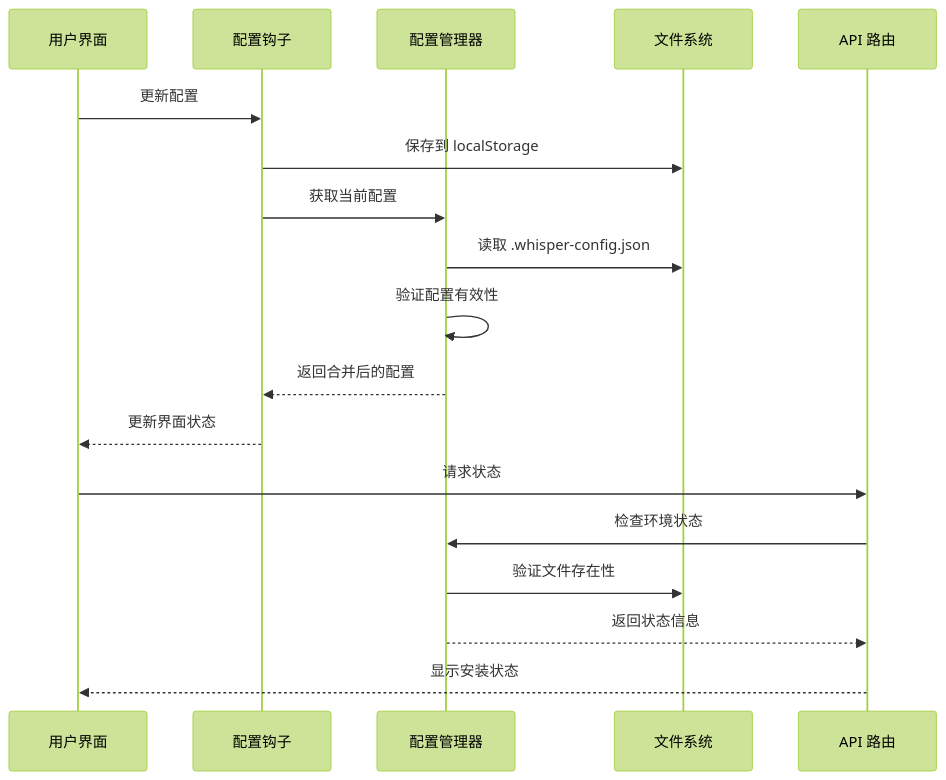
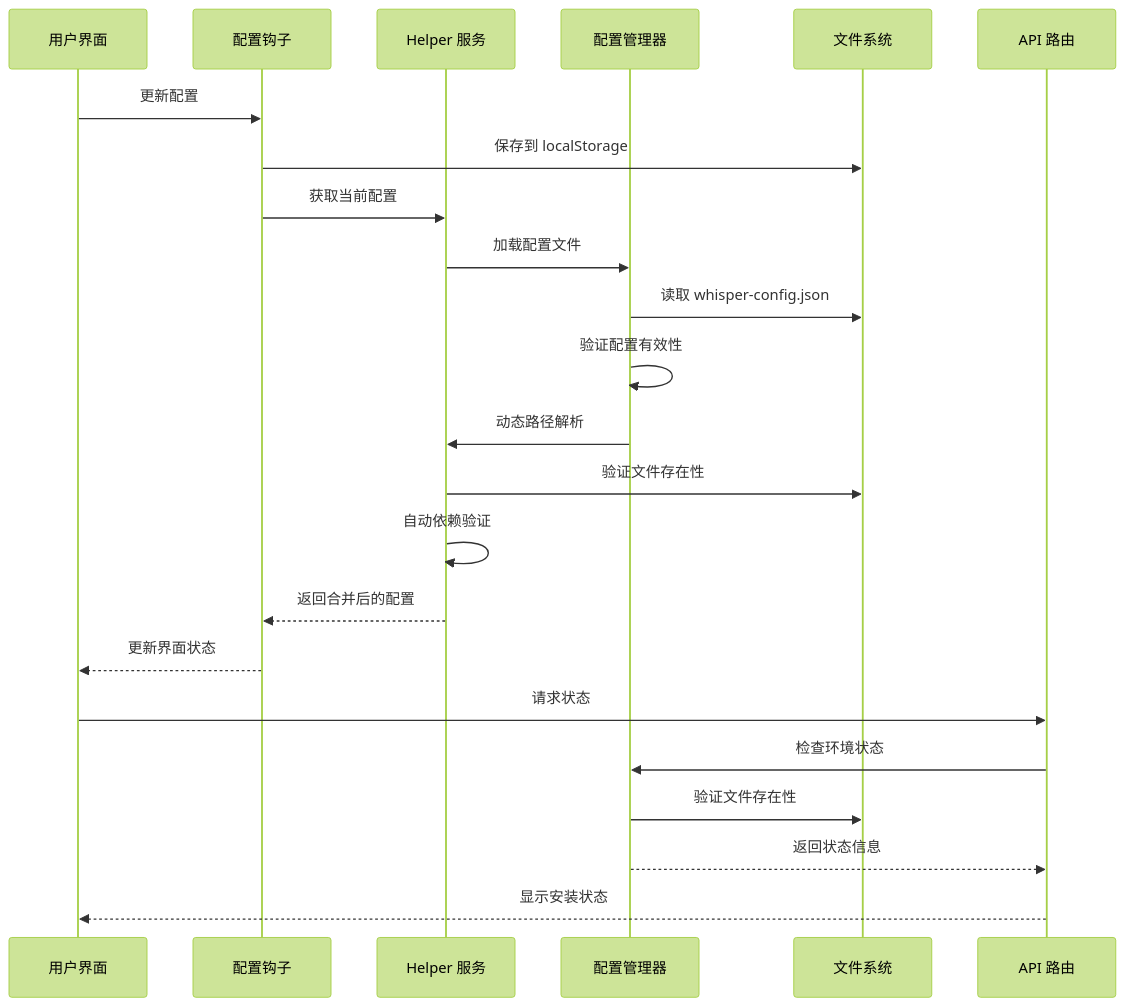
One commit to clawbotai/memo-flow changed the second of 9 diagrams in .qoder/repowiki/zh/content/Whisper Configuration.md. Above: the diagram before and after it, drawn with Mermaid (forest theme). The commit also changed other lines of this file and 5 other files, not shown here.

````diff
--- a/.qoder/repowiki/zh/content/Whisper Configuration.md
+++ b/.qoder/repowiki/zh/content/Whisper Configuration.md
@@ -129,20 +156,25 @@
 ```mermaid
 sequenceDiagram
 participant UI as 用户界面
 participant Hook as 配置钩子
+participant Helper as Helper 服务
 participant Config as 配置管理器
 participant FS as 文件系统
 participant API as API 路由
 UI->>Hook : 更新配置
 Hook->>FS : 保存到 localStorage
-Hook->>Config : 获取当前配置
-Config->>FS : 读取 .whisper-config.json
+Hook->>Helper : 获取当前配置
+Helper->>Config : 加载配置文件
+Config->>FS : 读取 whisper-config.json
 Config->>Config : 验证配置有效性
-Config-->>Hook : 返回合并后的配置
+Config->>Helper : 动态路径解析
+Helper->>FS : 验证文件存在性
+Helper->>Helper : 自动依赖验证
+Helper-->>Hook : 返回合并后的配置
 Hook-->>UI : 更新界面状态
 UI->>API : 请求状态
 API->>Config : 检查环境状态
 Config->>FS : 验证文件存在性
 Config-->>API : 返回状态信息
 API-->>UI : 显示安装状态
 ```
````
